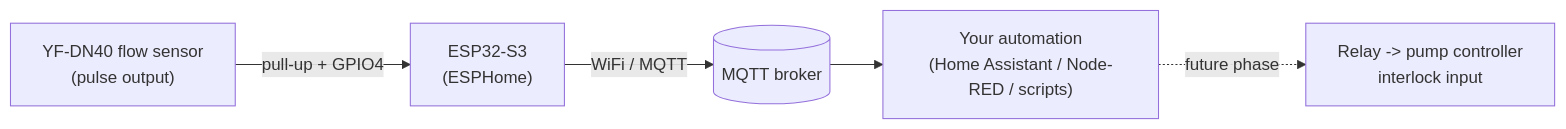
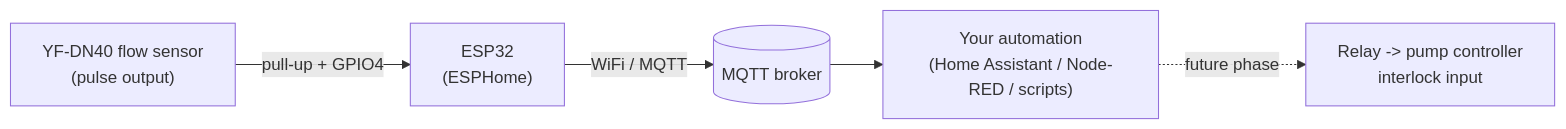
The diagram in README.md (dmartinpro/water-flow-sensor-esp32), drawn with Mermaid before and after one commit. The commit also changed other lines of this file and 4 other files, not shown here.

First line of the commit message:
Target classic ESP32 board and redraw wiring diagram

````diff
--- a/README.md
+++ b/README.md
@@ -17,7 +17,7 @@
 ```mermaid
 flowchart LR
-    S["YF-DN40 flow sensor\n(pulse output)"] -->|pull-up + GPIO4| E["ESP32-S3\n(ESPHome)"]
+    S["YF-DN40 flow sensor\n(pulse output)"] -->|pull-up + GPIO4| E["ESP32\n(ESPHome)"]
     E -->|WiFi / MQTT| B[(MQTT broker)]
     B --> A["Your automation\n(Home Assistant / Node-RED / scripts)"]
     A -.future phase.-> R["Relay -> pump controller\ninterlock input"]
 ```
````
